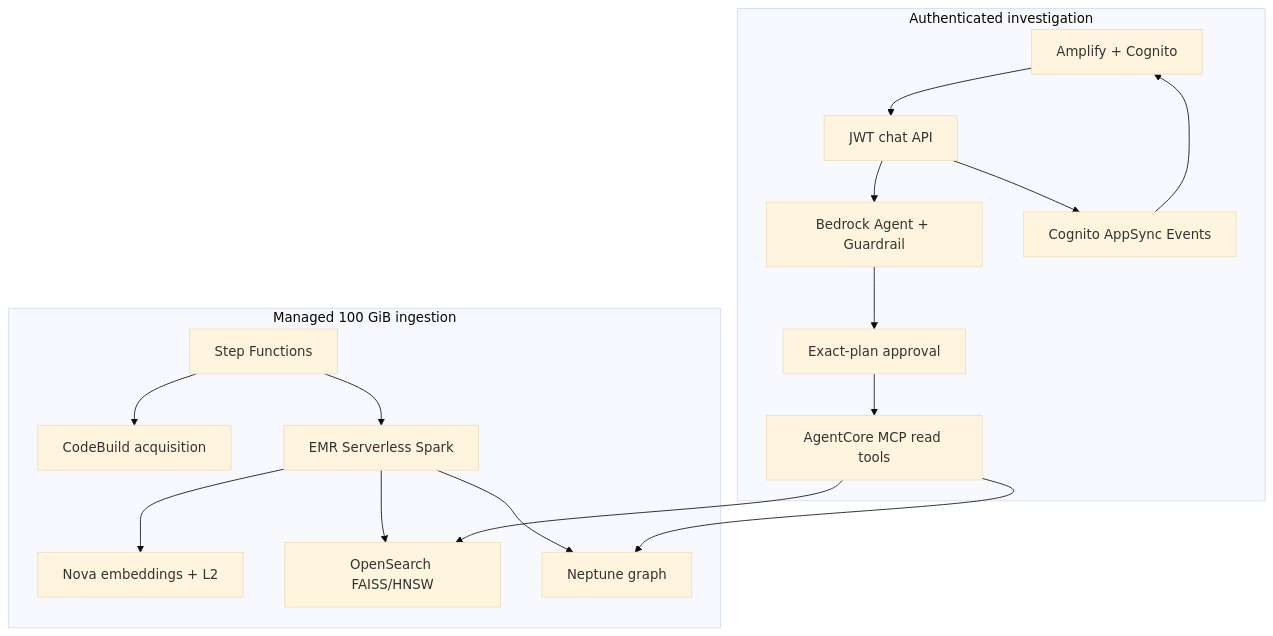
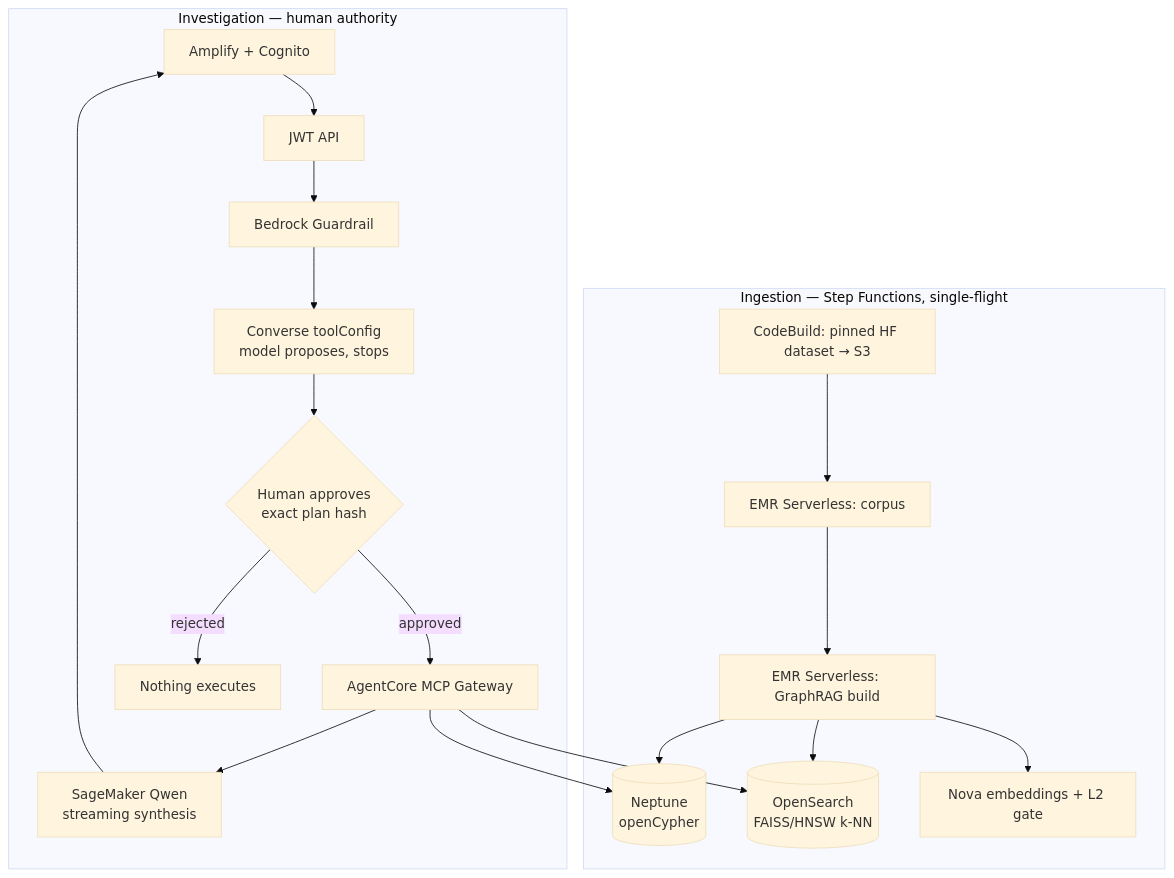
Before and after one commit to daddydrac/sentinel: the diagram in README.md, drawn with Mermaid (base theme). The commit also changed other lines of this file, not shown here.

````diff
--- a/README.md
+++ b/README.md
@@ -21,20 +65,22 @@
 ```mermaid
 flowchart TB
-  subgraph Load["Managed 100 GiB ingestion"]
-    SFN["Step Functions"] --> ACQ["CodeBuild acquisition"]
-    SFN --> EMR["EMR Serverless Spark"]
-    EMR --> NOVA["Nova embeddings + L2"]
-    EMR --> OS["OpenSearch FAISS/HNSW"]
-    EMR --> NEP["Neptune graph"]
+  subgraph Ingest["Ingestion — Step Functions, single-flight"]
+    ACQ["CodeBuild: pinned HF dataset → S3"] --> GEN["EMR Serverless: corpus"]
+    GEN --> BUILD["EMR Serverless: GraphRAG build"]
+    BUILD --> NOVA["Nova embeddings + L2 gate"]
+    BUILD --> OS[("OpenSearch<br/>FAISS/HNSW k-NN")]
+    BUILD --> NEP[("Neptune<br/>openCypher")]
   end
-  subgraph Experience["Authenticated investigation"]
-    UI["Amplify + Cognito"] --> API["JWT chat API"]
-    API --> AGENT["Bedrock Agent + Guardrail"]
-    AGENT --> HITL["Exact-plan approval"]
-    HITL --> MCP["AgentCore MCP read tools"]
+  subgraph Ask["Investigation — human authority"]
+    UI["Amplify + Cognito"] --> API["JWT API"]
+    API --> GR["Bedrock Guardrail"]
+    GR --> CONV["Converse toolConfig<br/>model proposes, stops"]
+    CONV --> HITL{"Human approves<br/>exact plan hash"}
+    HITL -->|approved| MCP["AgentCore MCP Gateway"]
+    HITL -->|rejected| STOP["Nothing executes"]
     MCP --> OS
     MCP --> NEP
-    API --> EVENTS["Cognito AppSync Events"]
-    EVENTS --> UI
+    MCP --> SM["SageMaker Qwen<br/>streaming synthesis"]
+    SM --> UI
   end
 ```
````
